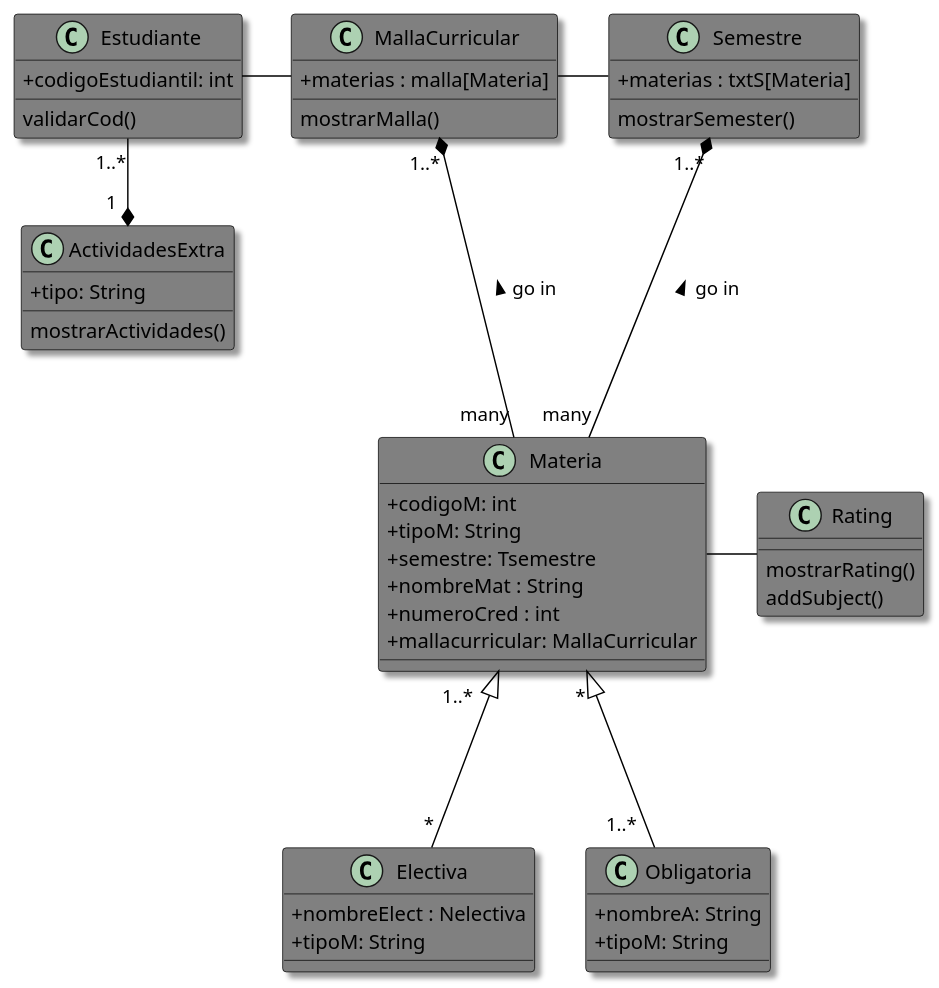
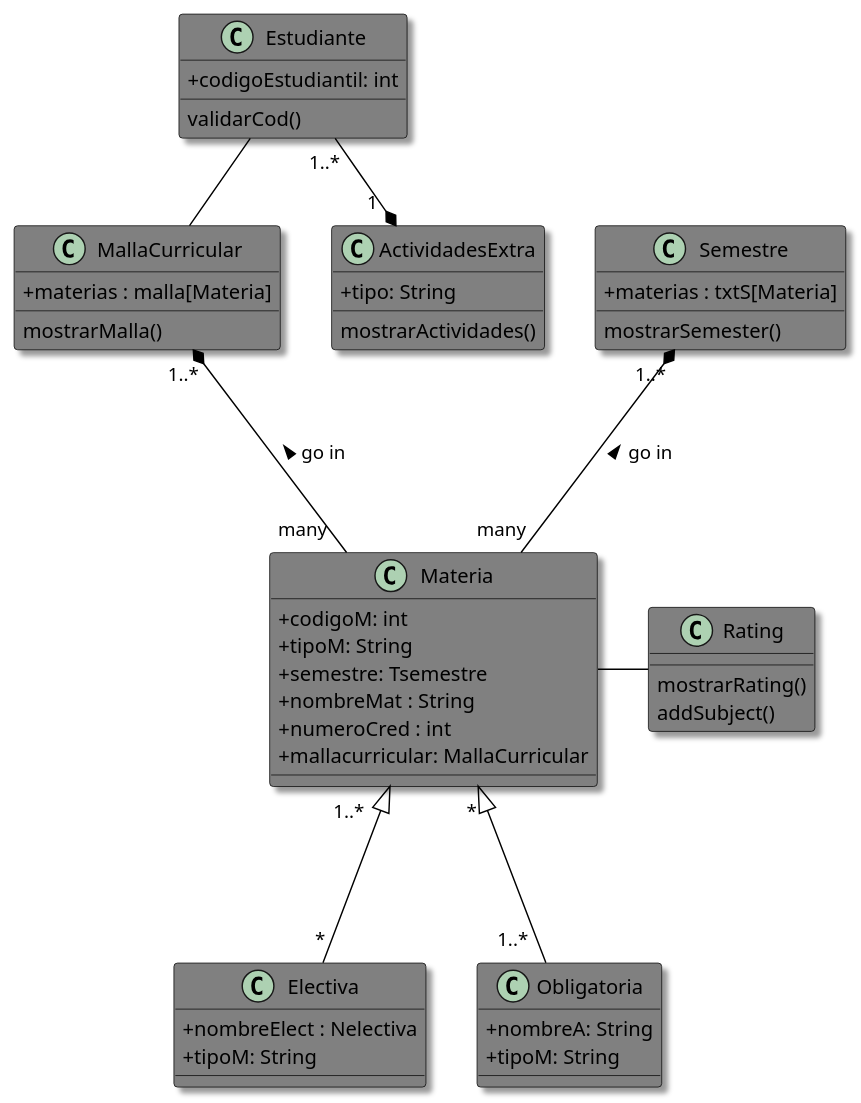
One commit to ana03ap/iPensum changed the diagram in Diagrama_code.puml. Above: the diagram before and after it, drawn with PlantUML. The commit also changed 1 other file, not shown here.

```diff
--- a/Diagrama_code.puml
+++ b/Diagrama_code.puml
@@ -1,75 +1,75 @@
-@startuml "Class diagram"
+@startuml "UML Project"
 
 skinparam monochrome flase 
 skinparam handwritten false 
 skinparam shadowing true
 skinparam StereotypeABackgroundColor true
 skinparam classAttributeIconSize 0
 
 skinparam class{
     
     BackgroundColor grey
     BorderColor Black
     ArrowColor Black
 }
 
 
 class Estudiante {
 + codigoEstudiantil: int 
 validarCod()
 }
 
 
 class Materia {
 + codigoM: int 
 + tipoM: String  
 + semestre: Tsemestre
 + nombreMat : String
 + numeroCred : int
 + mallacurricular: MallaCurricular
 }
 
 Class MallaCurricular { 
 + materias : malla[Materia]
 mostrarMalla()
 }
 
 Class Semestre {
 + materias : txtS[Materia]
 mostrarSemester()
 }
 
 
 Class Electiva { 
 + nombreElect : Nelectiva
 + tipoM: String
 }
 
 Class Obligatoria {
 + nombreA: String 
 + tipoM: String
 }
 
 Class ActividadesExtra {
 + tipo: String
 mostrarActividades()
 }
 
 Class Rating {
 mostrarRating()
 addSubject()
 }
 
-Estudiante - MallaCurricular
 
-MallaCurricular "1..*" *---"many" Materia :  < go in 
-Semestre " 1..*" *--- "many" Materia :  < go in 
-MallaCurricular - Semestre
+
+MallaCurricular "1..*" *---"many  " Materia :  < go in 
+Semestre " 1..*" *--- "     many" Materia :  < go in 
 Materia "  * " <|--- "  1..*  " Obligatoria
 Materia "1..*    " <|--- "   *" Electiva
 Estudiante "1..*" --* "1  " ActividadesExtra
 Materia - Rating
+Estudiante -- MallaCurricular
 
 
 
 @enduml
```
